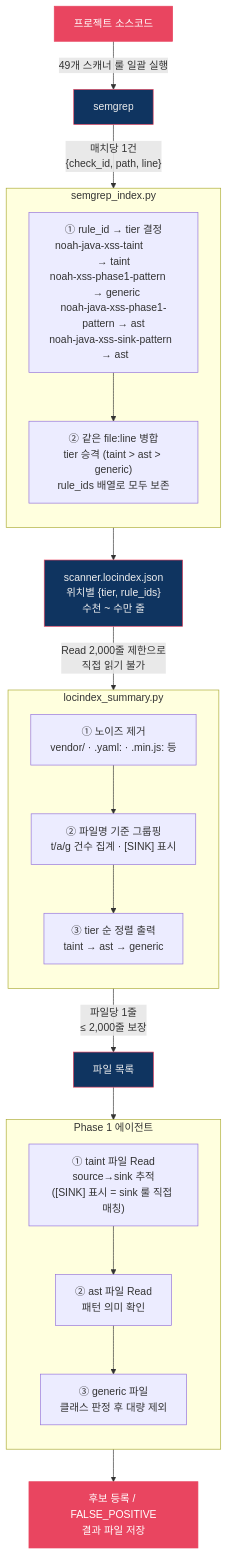
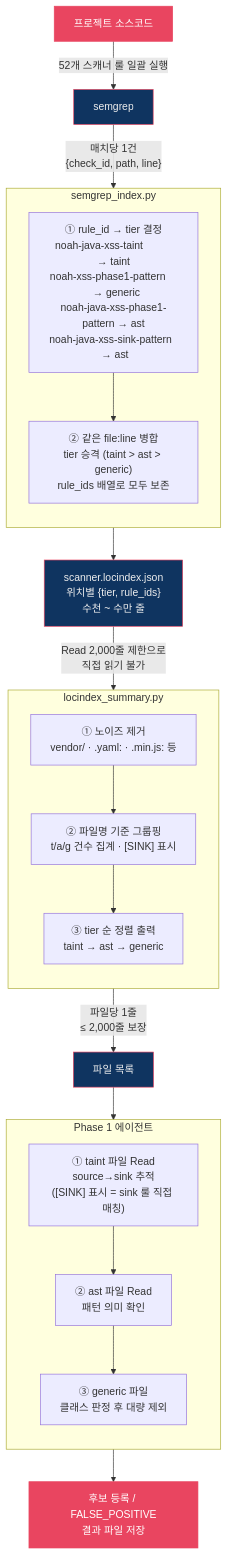
Before and after one commit to nomarlhack/noah-claude-plugin: the second of 2 diagrams in README.md, drawn with Mermaid. The commit also changed other lines of this file and 2 other files, not shown here.

First line of the commit message:
chore(sast): 신규 Android 스캐너 3종 파이프라인 일관성 반영

````diff
--- a/README.md
+++ b/README.md
@@ -119,45 +119,45 @@
 ```mermaid
 flowchart TD
     SRC["프로젝트 소스코드"]
-    SRC -->|"49개 스캐너 룰 일괄 실행"| SEMGREP["semgrep"]
+    SRC -->|"52개 스캐너 룰 일괄 실행"| SEMGREP["semgrep"]
     SEMGREP -->|"매치당 1건\n{check_id, path, line}"| IDX
 
     subgraph IDX ["semgrep_index.py"]
         direction TB
         A1["① rule_id → tier 결정\nnoah-java-xss-taint          → taint\nnoah-xss-phase1-pattern      → generic\nnoah-java-xss-phase1-pattern → ast\nnoah-java-xss-sink-pattern   → ast"]
         A2["② 같은 file:line 병합\ntier 승격 (taint > ast > generic)\nrule_ids 배열로 모두 보존"]
         A1 --> A2
     end
 
     IDX --> LOC["scanner.locindex.json\n위치별 {tier, rule_ids}\n수천 ~ 수만 줄"]
 
     LOC -->|"Read 2,000줄 제한으로\n직접 읽기 불가"| SUM
 
     subgraph SUM ["locindex_summary.py"]
         direction TB
         B1["① 노이즈 제거\nvendor/ · .yaml: · .min.js: 등"]
         B2["② 파일명 기준 그룹핑\nt/a/g 건수 집계 · [SINK] 표시"]
         B3["③ tier 순 정렬 출력\ntaint → ast → generic"]
         B1 --> B2 --> B3
     end
 
     SUM -->|"파일당 1줄\n≤ 2,000줄 보장"| LIST["파일 목록"]
 
     LIST --> P1["Phase 1 에이전트"]
 
     subgraph P1 ["Phase 1 에이전트"]
         direction TB
         C1["① taint 파일 Read\nsource→sink 추적\n([SINK] 표시 = sink 룰 직접 매칭)"]
         C2["② ast 파일 Read\n패턴 의미 확인"]
         C3["③ generic 파일\n클래스 판정 후 대량 제외"]
         C1 --> C2 --> C3
     end
 
     P1 --> OUT["후보 등록 / FALSE_POSITIVE\n결과 파일 저장"]
 
     style SRC fill:#e94560,stroke:#e94560,color:#fff
     style SEMGREP fill:#0f3460,stroke:#e94560,color:#eee
     style LOC fill:#0f3460,stroke:#e94560,color:#eee
     style LIST fill:#0f3460,stroke:#e94560,color:#eee
     style OUT fill:#e94560,stroke:#e94560,color:#fff
 ```
````
